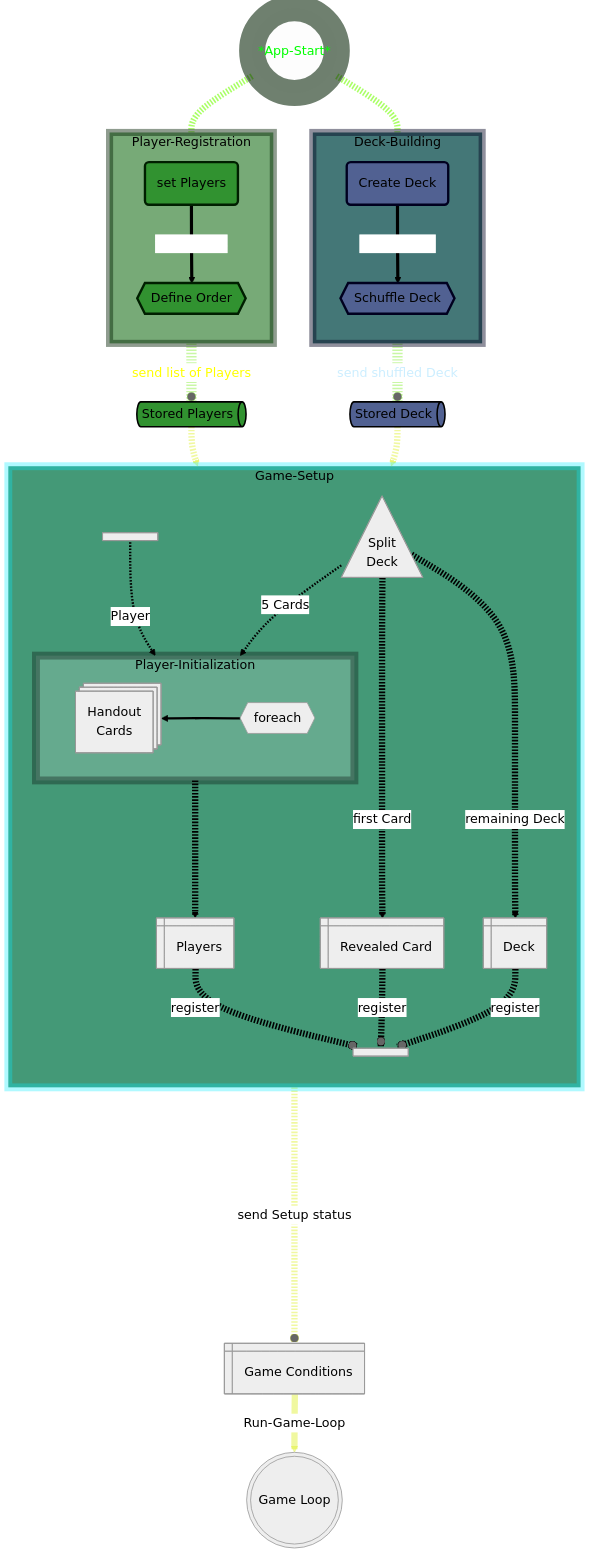
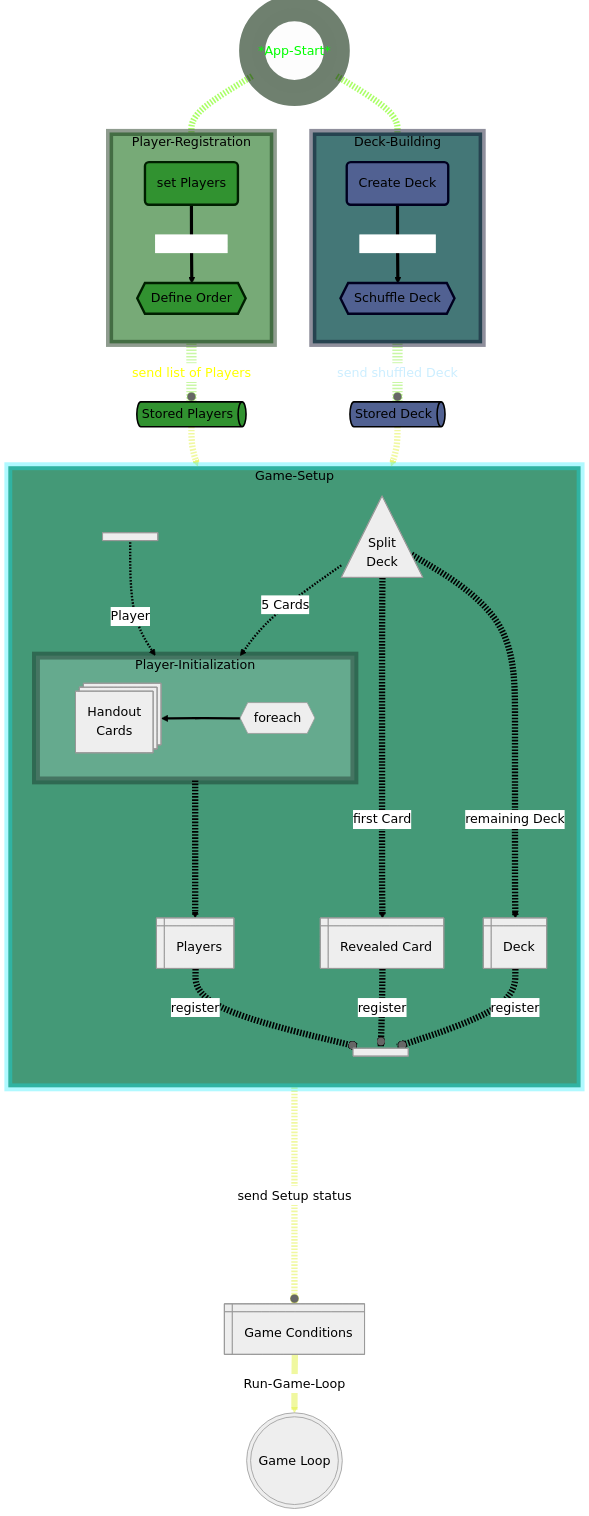
The diagram in README.md (IxI-Enki/PoseUebung-016), drawn with Mermaid (neutral theme) before and after one commit.

```diff
--- a/README.md
+++ b/README.md
@@ -103,7 +103,7 @@
 
     end
 
-    Game-Setup -......-o  | send Setup status | fxStrtCndtns 
+    Game-Setup -.....-o  | send Setup status | fxStrtCndtns 
       linkStyle 17 stroke:#e0f0407f, stroke-width:8px;
 
   %% GAME-LOOP: 
```
